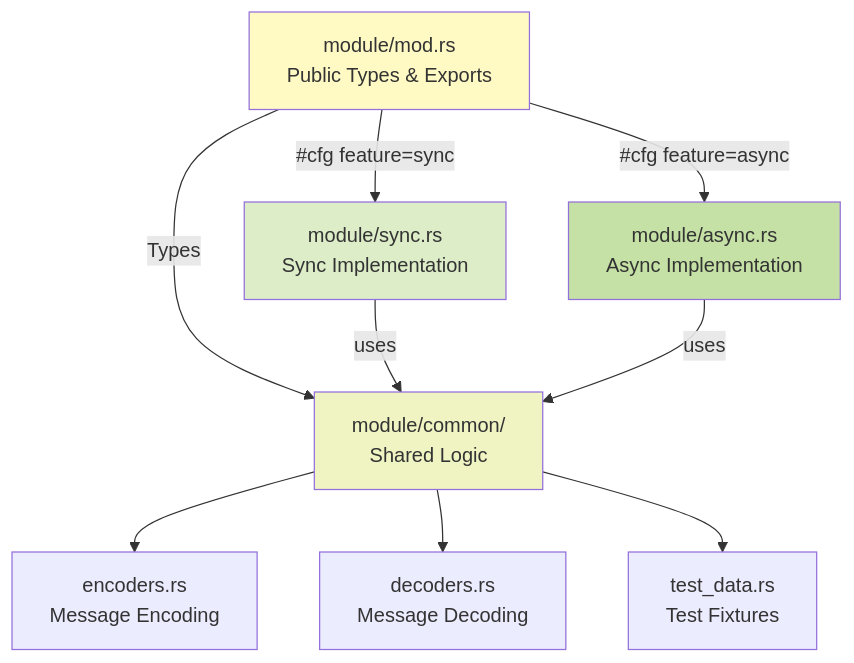
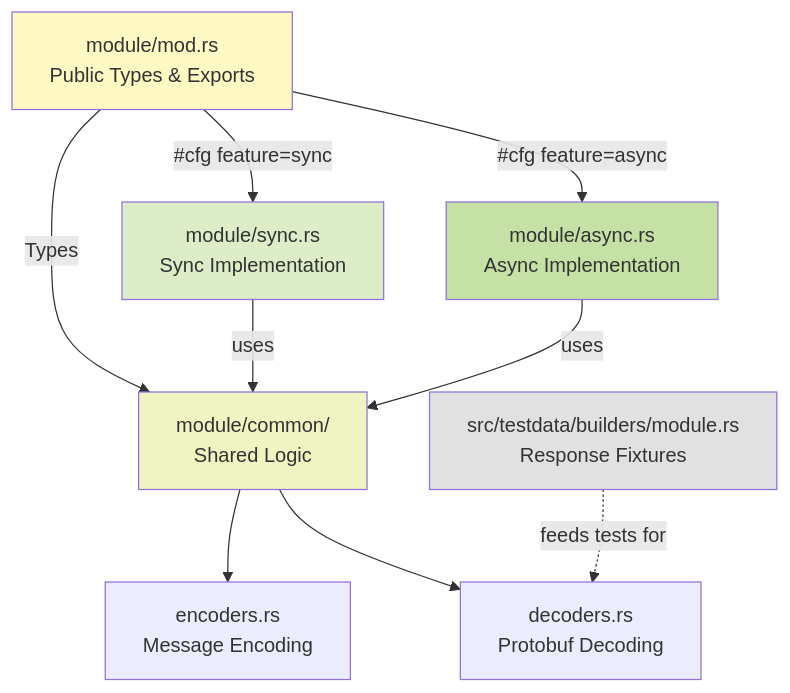
One commit to wboayue/rust-ibapi changed the third of 3 diagrams in docs/architecture.md. Above: the diagram before and after it, drawn with Mermaid. The commit also changed other lines of this file and 5 other files, not shown here.

````diff
--- a/docs/architecture.md
+++ b/docs/architecture.md
@@ -92,23 +92,25 @@
 ```mermaid
 graph TD
     ModRoot[module/mod.rs<br/>Public Types & Exports]
     Common[module/common/<br/>Shared Logic]
     SyncImpl[module/sync.rs<br/>Sync Implementation]
     AsyncImpl[module/async.rs<br/>Async Implementation]
     
     ModRoot -->|Types| Common
     ModRoot -->|#cfg feature=sync| SyncImpl
     ModRoot -->|#cfg feature=async| AsyncImpl
     
     Common --> Encoders[encoders.rs<br/>Message Encoding]
-    Common --> Decoders[decoders.rs<br/>Message Decoding]
-    Common --> TestData[test_data.rs<br/>Test Fixtures]
+    Common --> Decoders[decoders.rs<br/>Protobuf Decoding]
     
     SyncImpl -->|uses| Common
     AsyncImpl -->|uses| Common
+    
+    TestData[src/testdata/builders/module.rs<br/>Response Fixtures] -.->|feeds tests for| Decoders
     
     style ModRoot fill:#fff9c4
     style Common fill:#f0f4c3
     style SyncImpl fill:#dcedc8
     style AsyncImpl fill:#c5e1a5
+    style TestData fill:#e1e1e1
 ```
````
